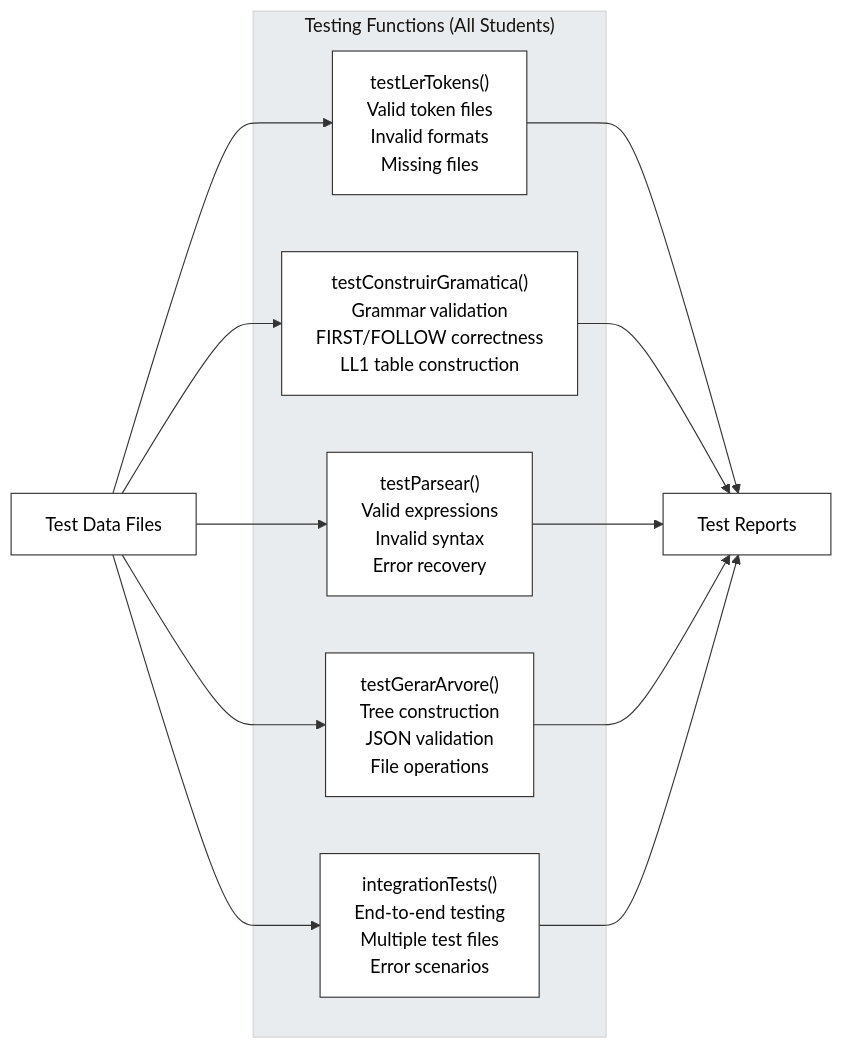
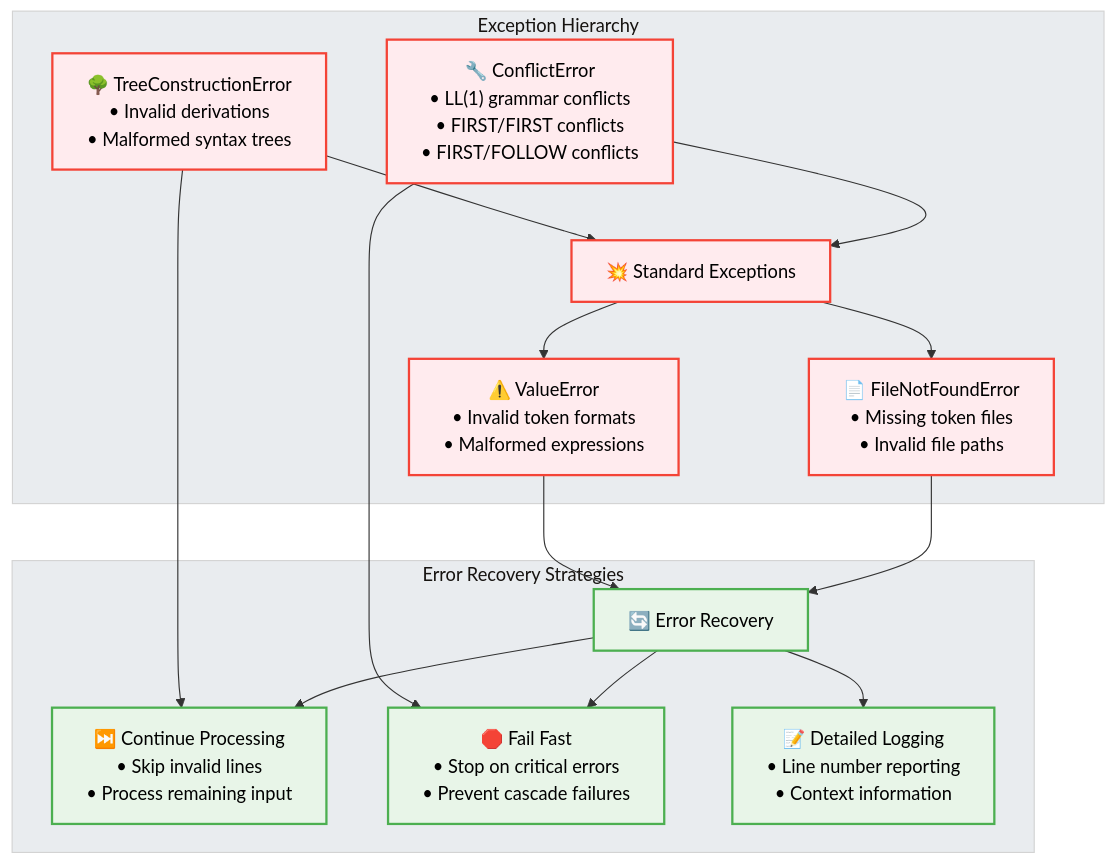
The sixth of 6 diagrams in flowcharts/RA2/RA2_Function_Interfaces.md (waifuisalie/RA2_1), drawn with Mermaid before and after one commit. The commit also changed other lines of this file and 1 other file, not shown here.

Commit message:
adding correct and improved flowcharts

````diff
--- a/flowcharts/RA2/RA2_Function_Interfaces.md
+++ b/flowcharts/RA2/RA2_Function_Interfaces.md
@@ -137,28 +296,38 @@
 ```mermaid
 %%{init: {'theme':'base', 'themeVariables': { 'primaryColor': '#ffffff', 'primaryTextColor': '#000000', 'primaryBorderColor': '#333333', 'lineColor': '#333333', 'secondaryColor': '#f8f9fa', 'tertiaryColor': '#e9ecef'}}}%%
-flowchart LR
-    subgraph "Testing Functions (All Students)"
-        A["testLerTokens()<br/>Valid token files<br/>Invalid formats<br/>Missing files"]
-        
-        B["testConstruirGramatica()<br/>Grammar validation<br/>FIRST/FOLLOW correctness<br/>LL1 table construction"]
-        
-        C["testParsear()<br/>Valid expressions<br/>Invalid syntax<br/>Error recovery"]
-        
-        D["testGerarArvore()<br/>Tree construction<br/>JSON validation<br/>File operations"]
-        
-        E["integrationTests()<br/>End-to-end testing<br/>Multiple test files<br/>Error scenarios"]
+flowchart TB
+    subgraph "Exception Hierarchy"
+        A["💥 Standard Exceptions"]
+        B["📄 FileNotFoundError<br/>• Missing token files<br/>• Invalid file paths"]
+        C["⚠️ ValueError<br/>• Invalid token formats<br/>• Malformed expressions"]
+        D["🔧 ConflictError<br/>• LL(1) grammar conflicts<br/>• FIRST/FIRST conflicts<br/>• FIRST/FOLLOW conflicts"]
+        E["🌳 TreeConstructionError<br/>• Invalid derivations<br/>• Malformed syntax trees"]
+
+        A --> B
+        A --> C
+        D --> A
+        E --> A
     end
-    
-    %% Test data flow
-    F[Test Data Files] --> A
-    F --> B
-    F --> C  
-    F --> D
-    F --> E
-    
-    A --> G[Test Reports]
-    B --> G
-    C --> G
-    D --> G
+
+    subgraph "Error Recovery Strategies"
+        F["🔄 Error Recovery"]
+        G["⏭️ Continue Processing<br/>• Skip invalid lines<br/>• Process remaining input"]
+        H["🛑 Fail Fast<br/>• Stop on critical errors<br/>• Prevent cascade failures"]
+        I["📝 Detailed Logging<br/>• Line number reporting<br/>• Context information"]
+
+        F --> G
+        F --> H
+        F --> I
+    end
+
+    B --> F
+    C --> F
+    D --> H
     E --> G
+
+    classDef errorType fill:#ffebee,stroke:#f44336,stroke-width:2px
+    classDef recovery fill:#e8f5e8,stroke:#4caf50,stroke-width:2px
+
+    class A,B,C,D,E errorType
+    class F,G,H,I recovery
 ```
````
